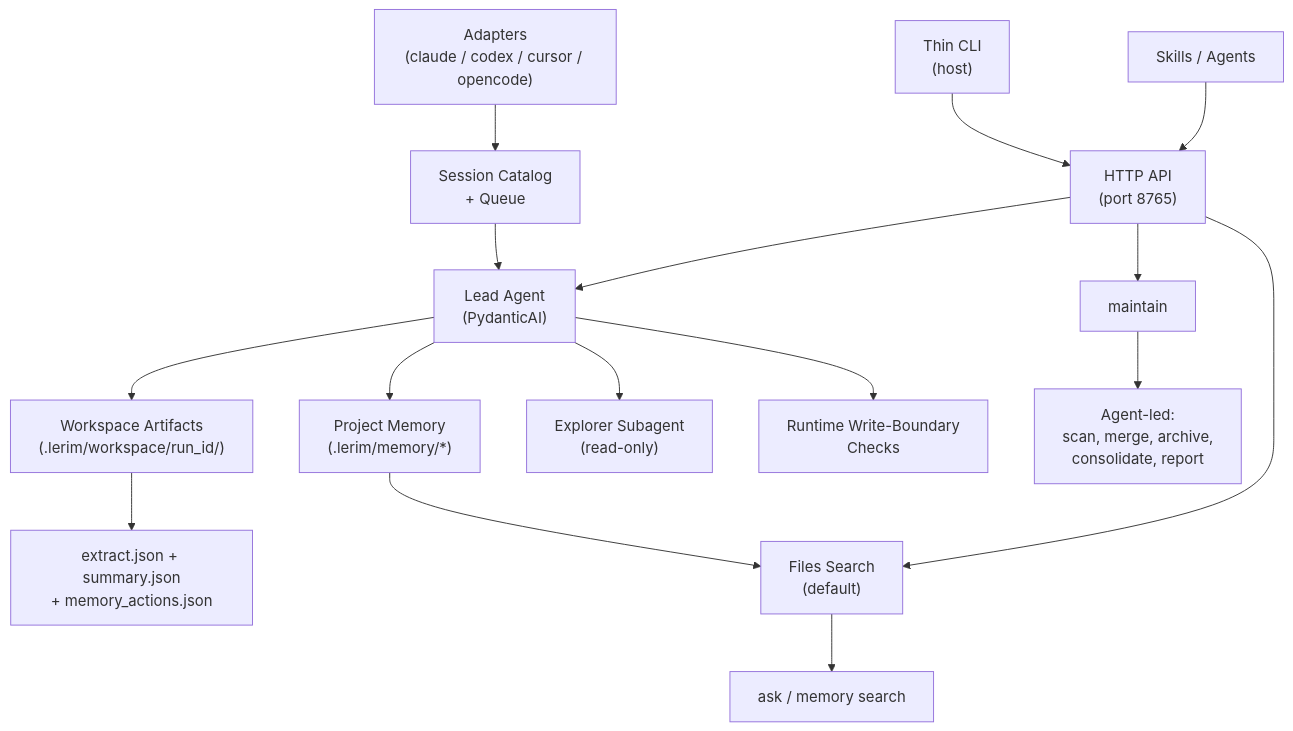
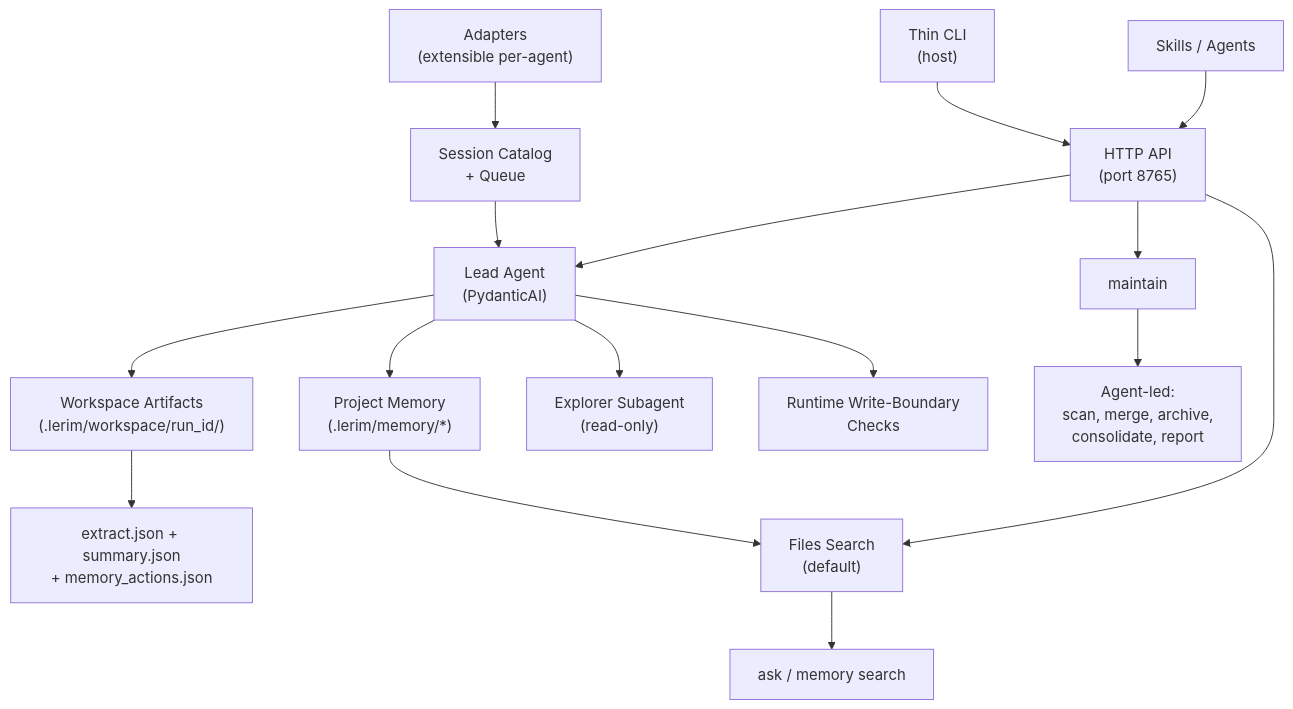
Before and after one commit to awright101012/lerim-cli: the diagram in docs/architecture/overview.md, drawn with Mermaid. The commit also changed other lines of this file and 5 other files, not shown here.

````diff
--- a/docs/architecture/overview.md
+++ b/docs/architecture/overview.md
@@ -80,21 +80,21 @@
 ```mermaid
 flowchart TD
-    A["Adapters\n(claude / codex / cursor / opencode)"] --> B["Session Catalog\n+ Queue"]
+    A["Adapters\n(extensible per-agent)"] --> B["Session Catalog\n+ Queue"]
     B --> C["Lead Agent\n(PydanticAI)"]
     C --> D["Workspace Artifacts\n(.lerim/workspace/run_id/)"]
     D --> E["extract.json + summary.json\n+ memory_actions.json"]
     C --> F["Project Memory\n(.lerim/memory/*)"]
     C --> O["Explorer Subagent\n(read-only)"]
     C --> P["Runtime Write-Boundary\nChecks"]
 
     F --> H["Files Search\n(default)"]
     H --> L["ask / memory search"]
 
     M["maintain"] --> N["Agent-led:\nscan, merge, archive,\nconsolidate, report"]
 
     API["HTTP API\n(port 8765)"] --> C
     API --> H
     API --> M
     CLI["Thin CLI\n(host)"] --> API
     SKILLS["Skills / Agents"] --> API
 ```
````
